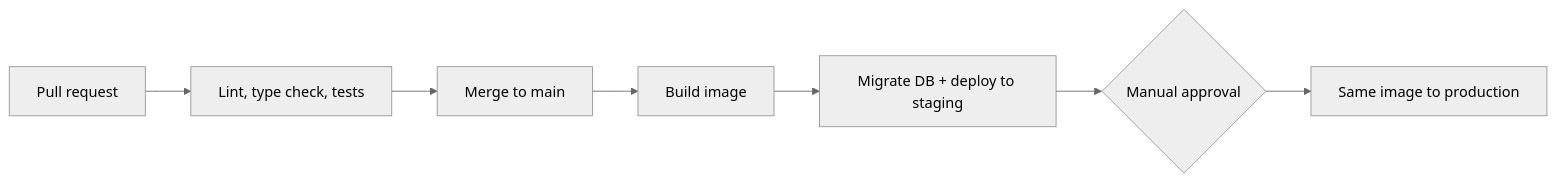
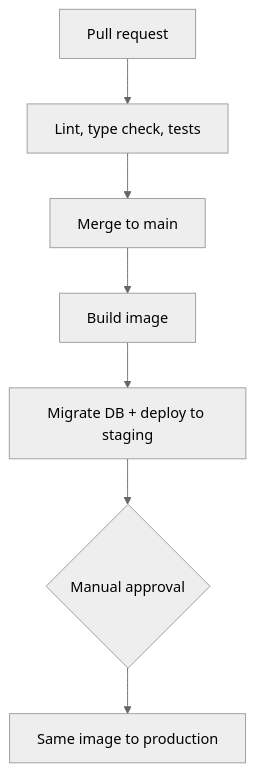
The fourth of 5 diagrams in docs/proposal.md (christiansaavedra/best-supplier-predictor), drawn with Mermaid (neutral theme) before and after one commit.

Commit message:
Make chart horizontal

````diff
--- a/docs/proposal.md
+++ b/docs/proposal.md
@@ -180,9 +180,9 @@
 ```mermaid
-flowchart LR
+flowchart TD
     PR[Pull request] --> C[Lint, type check, tests]
     C --> M[Merge to main]
     M --> B[Build image]
     B --> S[Migrate DB + deploy to staging]
     S --> AP{Manual approval}
     AP --> P[Same image to production]
 ```
````
